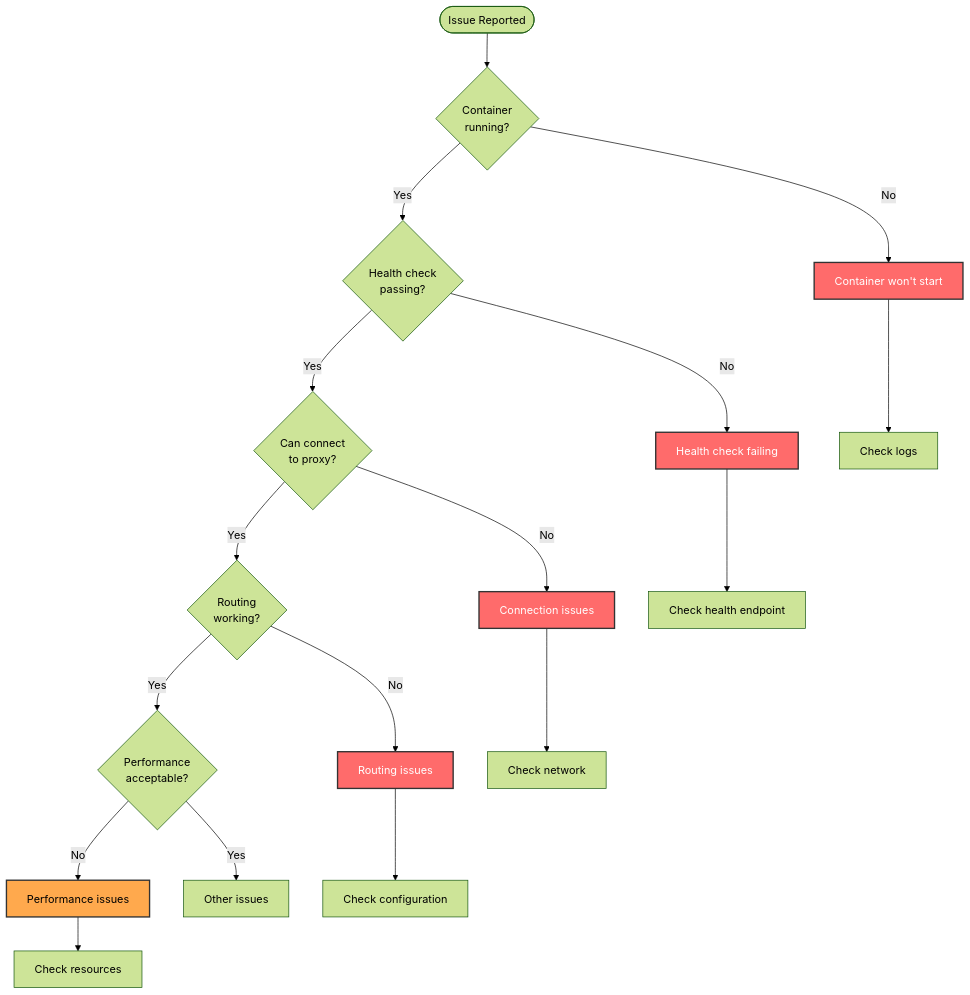
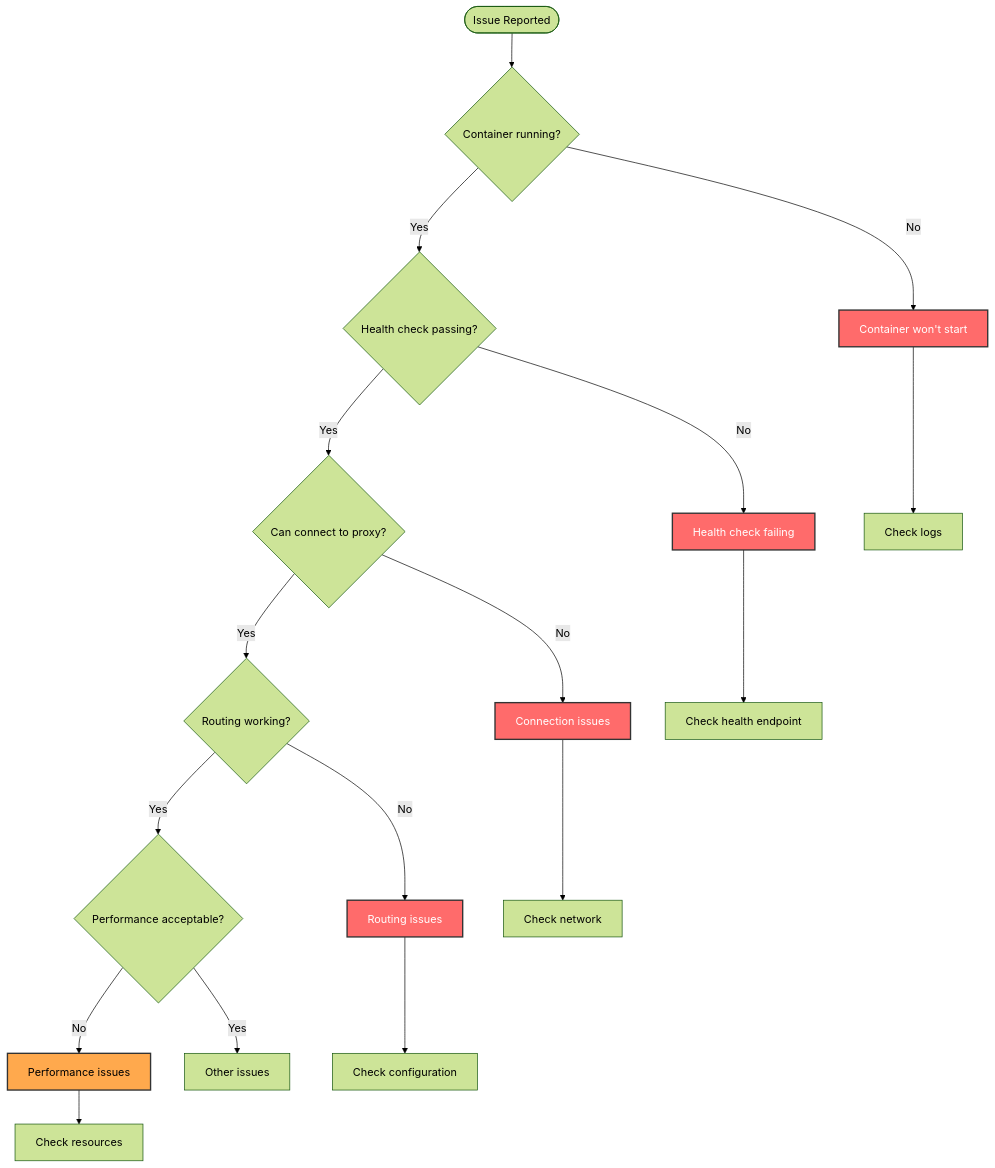
One commit to softwarewrighter/dev-proxy changed the first of 8 diagrams in wiki/Troubleshooting.md. Above: the diagram before and after it, drawn with Mermaid (forest theme). The commit also changed other lines of this file and 6 other files, not shown here.

First line of the commit message:
Fix wiki Mermaid diagrams: remove <br/> tags

````diff
--- a/wiki/Troubleshooting.md
+++ b/wiki/Troubleshooting.md
@@ -20,31 +20,31 @@
 ```mermaid
 graph TB
-    Start([Issue Reported]) --> Running{Container<br/>running?}
+    Start([Issue Reported]) --> Running{Container running?}
 
     Running -->|No| StartIssue[Container won't start]
-    Running -->|Yes| Healthy{Health check<br/>passing?}
+    Running -->|Yes| Healthy{Health check passing?}
 
     Healthy -->|No| HealthIssue[Health check failing]
-    Healthy -->|Yes| Connect{Can connect<br/>to proxy?}
+    Healthy -->|Yes| Connect{Can connect to proxy?}
 
     Connect -->|No| ConnectIssue[Connection issues]
-    Connect -->|Yes| Route{Routing<br/>working?}
+    Connect -->|Yes| Route{Routing working?}
 
     Route -->|No| RouteIssue[Routing issues]
-    Route -->|Yes| Perf{Performance<br/>acceptable?}
+    Route -->|Yes| Perf{Performance acceptable?}
 
     Perf -->|No| PerfIssue[Performance issues]
     Perf -->|Yes| Other[Other issues]
 
     StartIssue --> Logs1[Check logs]
     HealthIssue --> Logs2[Check health endpoint]
     ConnectIssue --> Logs3[Check network]
     RouteIssue --> Logs4[Check configuration]
     PerfIssue --> Logs5[Check resources]
 
     style StartIssue fill:#ff6b6b,stroke:#333,stroke-width:2px,color:#fff
     style HealthIssue fill:#ff6b6b,stroke:#333,stroke-width:2px,color:#fff
     style ConnectIssue fill:#ff6b6b,stroke:#333,stroke-width:2px,color:#fff
     style RouteIssue fill:#ff6b6b,stroke:#333,stroke-width:2px,color:#fff
     style PerfIssue fill:#ffa94d,stroke:#333,stroke-width:2px
 ```
````
